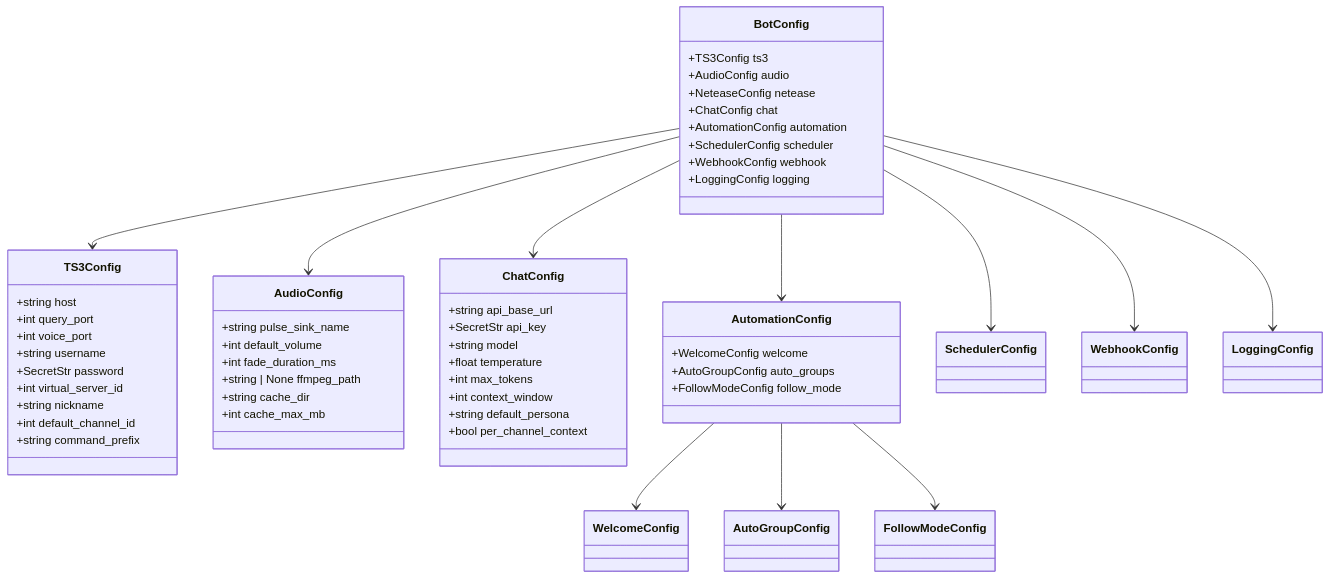
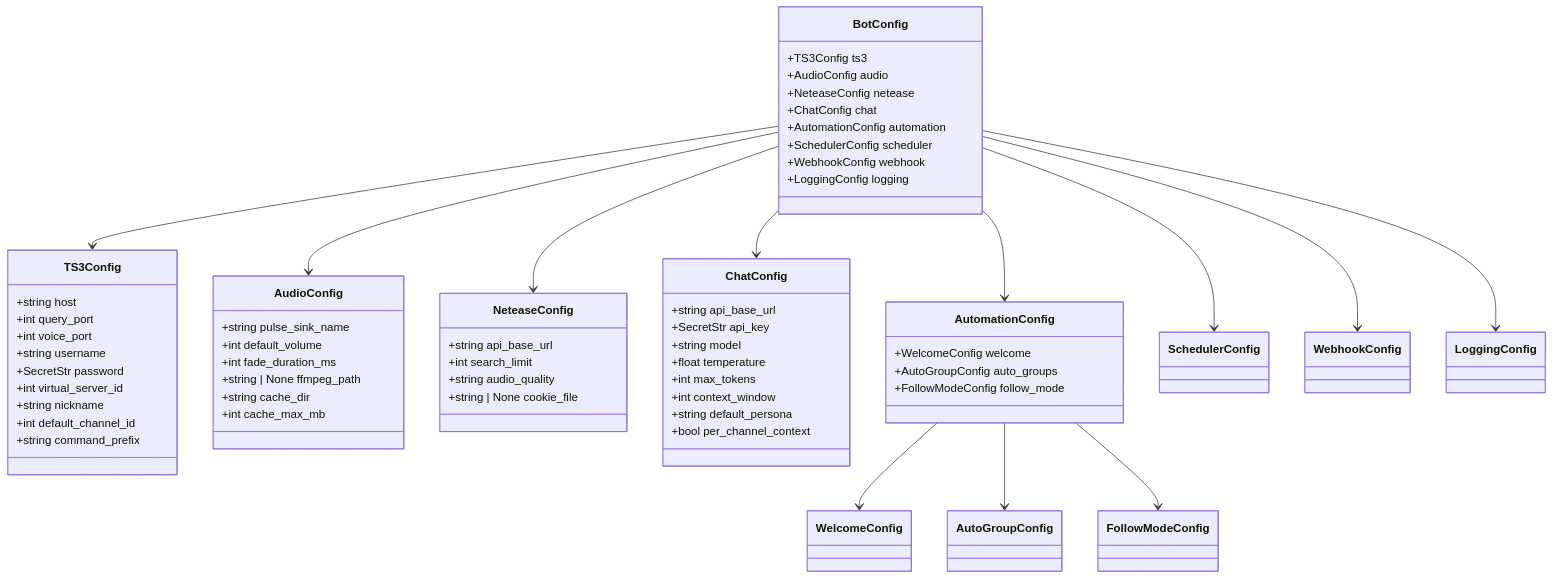
One commit to GhoulOwl/Teamspeak3_Bot changed the second of 9 diagrams in .qoder/repowiki/zh/content/配置管理.md. Above: the diagram before and after it, drawn with Mermaid. The commit also changed other lines of this file and 13 other files, not shown here.

````diff
--- a/.qoder/repowiki/zh/content/配置管理.md
+++ b/.qoder/repowiki/zh/content/配置管理.md
@@ -99,57 +110,64 @@
 ```mermaid
 classDiagram
 class BotConfig {
 +TS3Config ts3
 +AudioConfig audio
 +NeteaseConfig netease
 +ChatConfig chat
 +AutomationConfig automation
 +SchedulerConfig scheduler
 +WebhookConfig webhook
 +LoggingConfig logging
 }
 class TS3Config {
 +string host
 +int query_port
 +int voice_port
 +string username
 +SecretStr password
 +int virtual_server_id
 +string nickname
 +int default_channel_id
 +string command_prefix
 }
 class AudioConfig {
 +string pulse_sink_name
 +int default_volume
 +int fade_duration_ms
 +string | None ffmpeg_path
 +string cache_dir
 +int cache_max_mb
 }
+class NeteaseConfig {
++string api_base_url
++int search_limit
++string audio_quality
++string | None cookie_file
+}
 class ChatConfig {
 +string api_base_url
 +SecretStr api_key
 +string model
 +float temperature
 +int max_tokens
 +int context_window
 +string default_persona
 +bool per_channel_context
 }
 class AutomationConfig {
 +WelcomeConfig welcome
 +AutoGroupConfig auto_groups
 +FollowModeConfig follow_mode
 }
 BotConfig --> TS3Config
 BotConfig --> AudioConfig
+BotConfig --> NeteaseConfig
 BotConfig --> ChatConfig
 BotConfig --> AutomationConfig
 BotConfig --> SchedulerConfig
 BotConfig --> WebhookConfig
 BotConfig --> LoggingConfig
 AutomationConfig --> WelcomeConfig
 AutomationConfig --> AutoGroupConfig
 AutomationConfig --> FollowModeConfig
 ```
````
